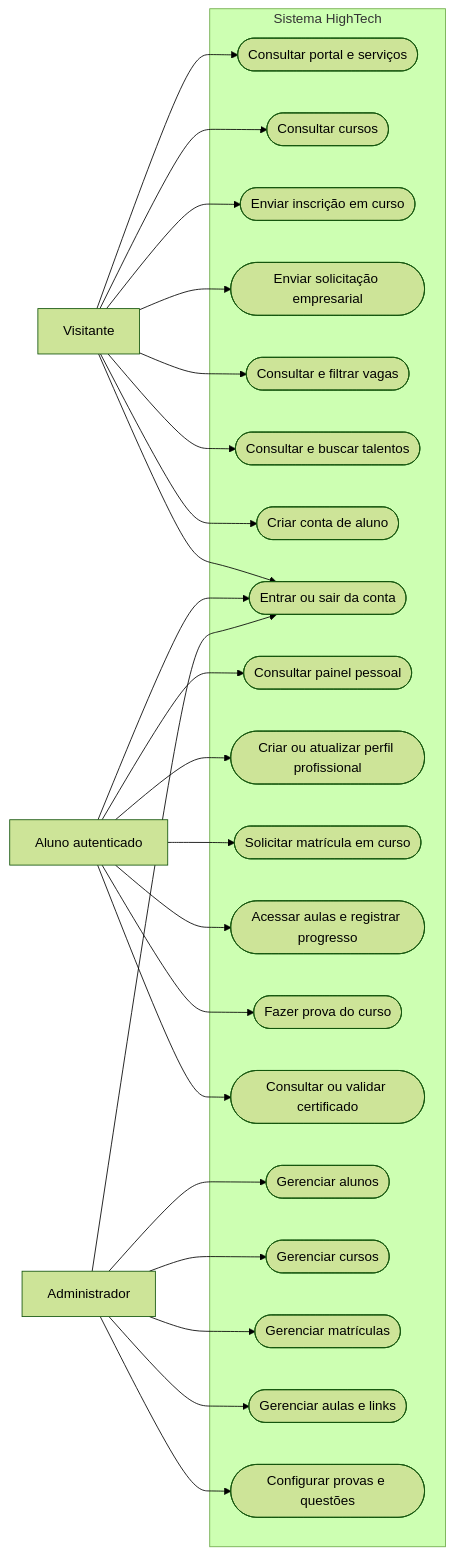
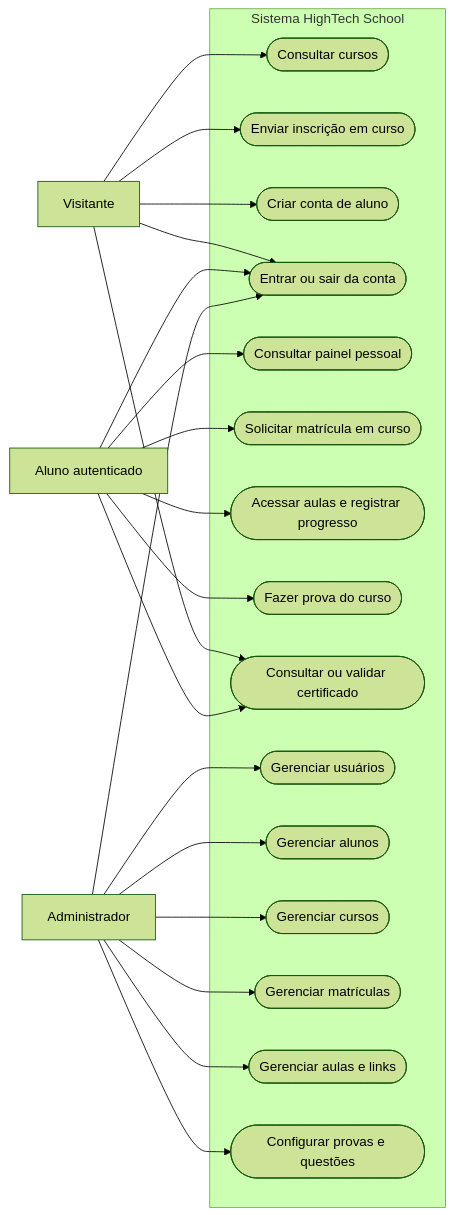
One commit to joaorbm09/HighTech_school changed the second of 5 diagrams in readme.md. Above: the diagram before and after it, drawn with Mermaid (forest theme). The commit also changed other lines of this file, not shown here.

````diff
--- a/readme.md
+++ b/readme.md
@@ -819,48 +451,41 @@
 ```mermaid
 flowchart LR
     Visitante["Visitante"]
     Aluno["Aluno autenticado"]
     Admin["Administrador"]
-    subgraph HighTech["Sistema HighTech"]
-        Portal(["Consultar portal e serviços"])
+    subgraph HighTechSchool["Sistema HighTech School"]
         Cursos(["Consultar cursos"])
         Inscricao(["Enviar inscrição em curso"])
-        Solicitar(["Enviar solicitação empresarial"])
-        Vagas(["Consultar e filtrar vagas"])
-        Talentos(["Consultar e buscar talentos"])
         Cadastro(["Criar conta de aluno"])
         Login(["Entrar ou sair da conta"])
         Painel(["Consultar painel pessoal"])
-        Perfil(["Criar ou atualizar perfil profissional"])
         MatriculaRapida(["Solicitar matrícula em curso"])
         EstudarAulas(["Acessar aulas e registrar progresso"])
         FazerProva(["Fazer prova do curso"])
         ConsultarCertificado(["Consultar ou validar certificado"])
+        GestaoUsuarios(["Gerenciar usuários"])
         GestaoAlunos(["Gerenciar alunos"])
         GestaoCursos(["Gerenciar cursos"])
         GestaoMatriculas(["Gerenciar matrículas"])
         GestaoAulas(["Gerenciar aulas e links"])
         GestaoProvas(["Configurar provas e questões"])
     end
-    Visitante --> Portal
     Visitante --> Cursos
     Visitante --> Inscricao
-    Visitante --> Solicitar
-    Visitante --> Vagas
-    Visitante --> Talentos
     Visitante --> Cadastro
     Visitante --> Login
+    Visitante --> ConsultarCertificado
     Aluno --> Login
     Aluno --> Painel
-    Aluno --> Perfil
     Aluno --> MatriculaRapida
     Aluno --> EstudarAulas
     Aluno --> FazerProva
     Aluno --> ConsultarCertificado
     Admin --> Login
+    Admin --> GestaoUsuarios
     Admin --> GestaoAlunos
     Admin --> GestaoCursos
     Admin --> GestaoMatriculas
     Admin --> GestaoAulas
     Admin --> GestaoProvas
 ```
````
